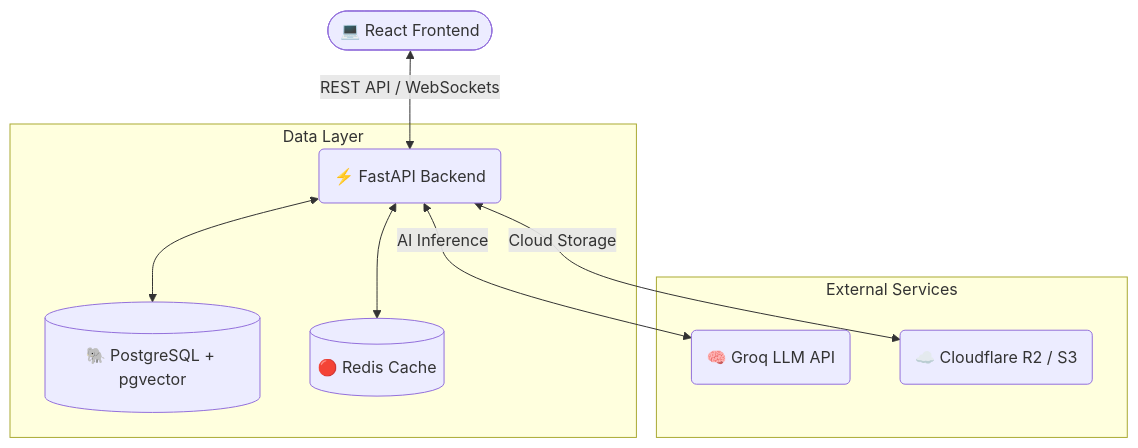
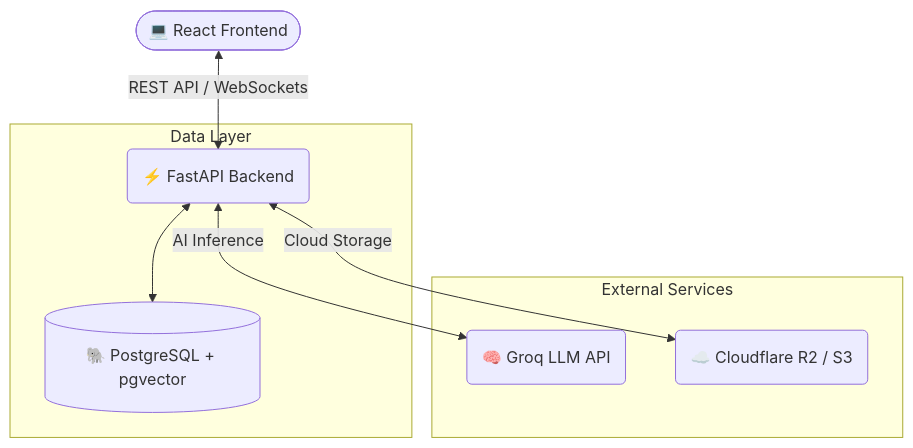
The diagram in README.md (nandiprasadkm18/intallcamp), drawn with Mermaid before and after one commit. The commit also changed other lines of this file, not shown here.

Commit message:
docs: remove all references to Redis

````diff
--- a/README.md
+++ b/README.md
@@ -24,14 +24,13 @@
 ```mermaid
 graph TD
     Client([💻 React Frontend]) <-->|REST API / WebSockets| API(⚡ FastAPI Backend)
     
     subgraph Data Layer
         API <--> DB[(🐘 PostgreSQL + pgvector)]
-        API <--> Cache[(🔴 Redis Cache)]
     end
     
     subgraph External Services
         API <-->|AI Inference| Groq(🧠 Groq LLM API)
         API <-->|Cloud Storage| R2(☁️ Cloudflare R2 / S3)
     end
 ```
````
